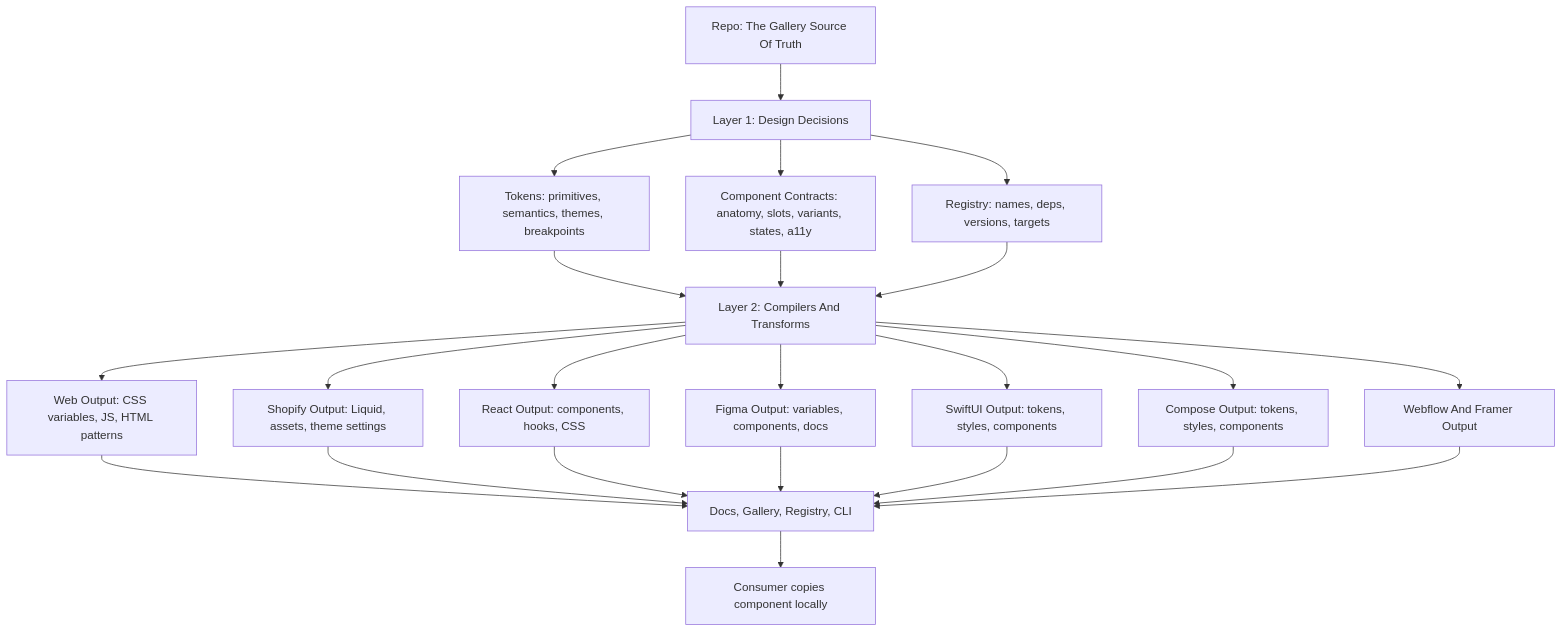
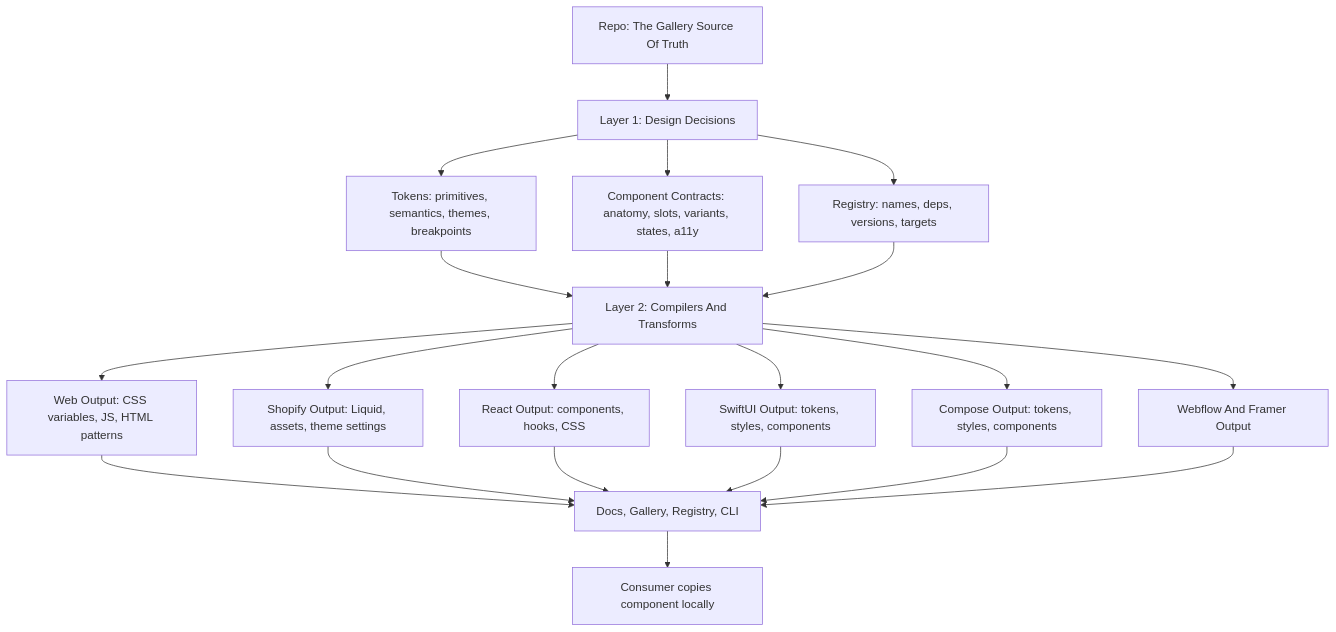
Before and after one commit to mapl93/the-gallery: the first of 2 diagrams in docs/NORTH-STAR.md, drawn with Mermaid. The commit also changed other lines of this file and 228 other files, not shown here.

````diff
--- a/docs/NORTH-STAR.md
+++ b/docs/NORTH-STAR.md
@@ -69,29 +69,27 @@
 ```mermaid
 flowchart TD
   A["Repo: The Gallery Source Of Truth"] --> B["Layer 1: Design Decisions"]
   B --> B1["Tokens: primitives, semantics, themes, breakpoints"]
   B --> B2["Component Contracts: anatomy, slots, variants, states, a11y"]
   B --> B3["Registry: names, deps, versions, targets"]
 
   B1 --> C["Layer 2: Compilers And Transforms"]
   B2 --> C
   B3 --> C
 
   C --> D1["Web Output: CSS variables, JS, HTML patterns"]
   C --> D2["Shopify Output: Liquid, assets, theme settings"]
   C --> D3["React Output: components, hooks, CSS"]
-  C --> D4["Figma Output: variables, components, docs"]
   C --> D5["SwiftUI Output: tokens, styles, components"]
   C --> D6["Compose Output: tokens, styles, components"]
   C --> D7["Webflow And Framer Output"]
 
   D1 --> E["Docs, Gallery, Registry, CLI"]
   D2 --> E
   D3 --> E
-  D4 --> E
   D5 --> E
   D6 --> E
   D7 --> E
 
   E --> F["Consumer copies component locally"]
 ```
````
